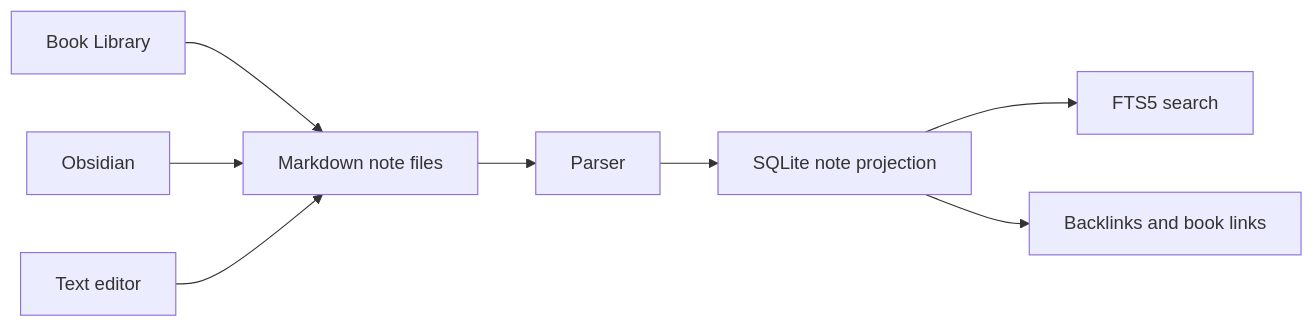
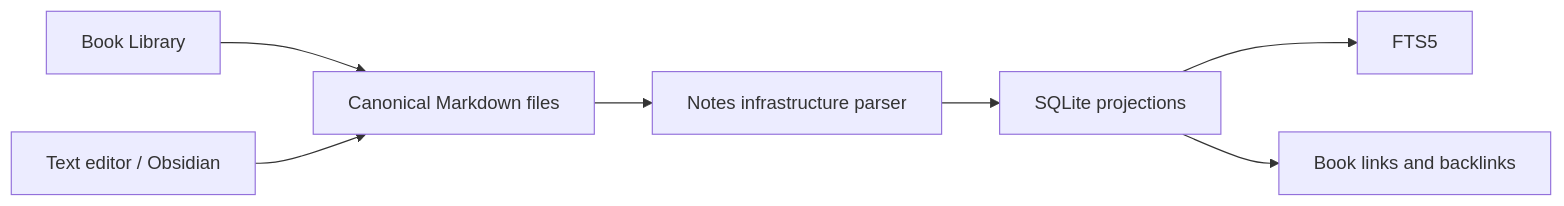
Before and after one commit to vuthanhdat/book-library: the diagram in docs/adr/ADR-004-markdown-notes.md, drawn with Mermaid. The commit also changed other lines of this file, not shown here.

Commit message:
docs: standardize Markdown notes decision record

````diff
--- a/docs/adr/ADR-004-markdown-notes.md
+++ b/docs/adr/ADR-004-markdown-notes.md
@@ -43,10 +49,9 @@
 ```mermaid
 flowchart LR
-    Markdown["Markdown note files"] --> Parser["Parser"]
-    Parser --> Projection["SQLite note projection"]
-    Projection --> Search["FTS5 search"]
-    Projection --> Links["Backlinks and book links"]
-    BookLibrary["Book Library"] --> Markdown
-    Obsidian["Obsidian"] --> Markdown
-    TextEditor["Text editor"] --> Markdown
+    Markdown["Canonical Markdown files"] --> Parser["Notes infrastructure parser"]
+    Parser --> Projection["SQLite projections"]
+    Projection --> Search["FTS5"]
+    Projection --> Links["Book links and backlinks"]
+    App["Book Library"] --> Markdown
+    Editor["Text editor / Obsidian"] --> Markdown
 ```
````
